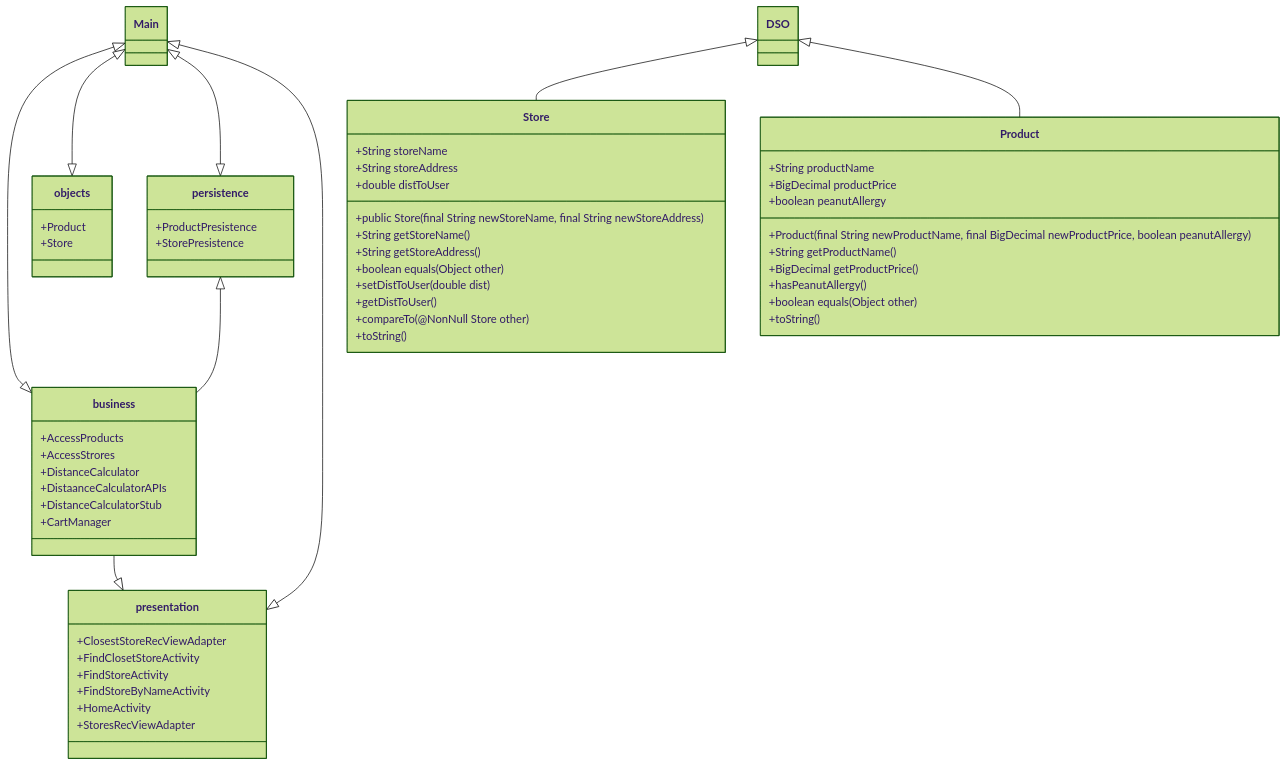
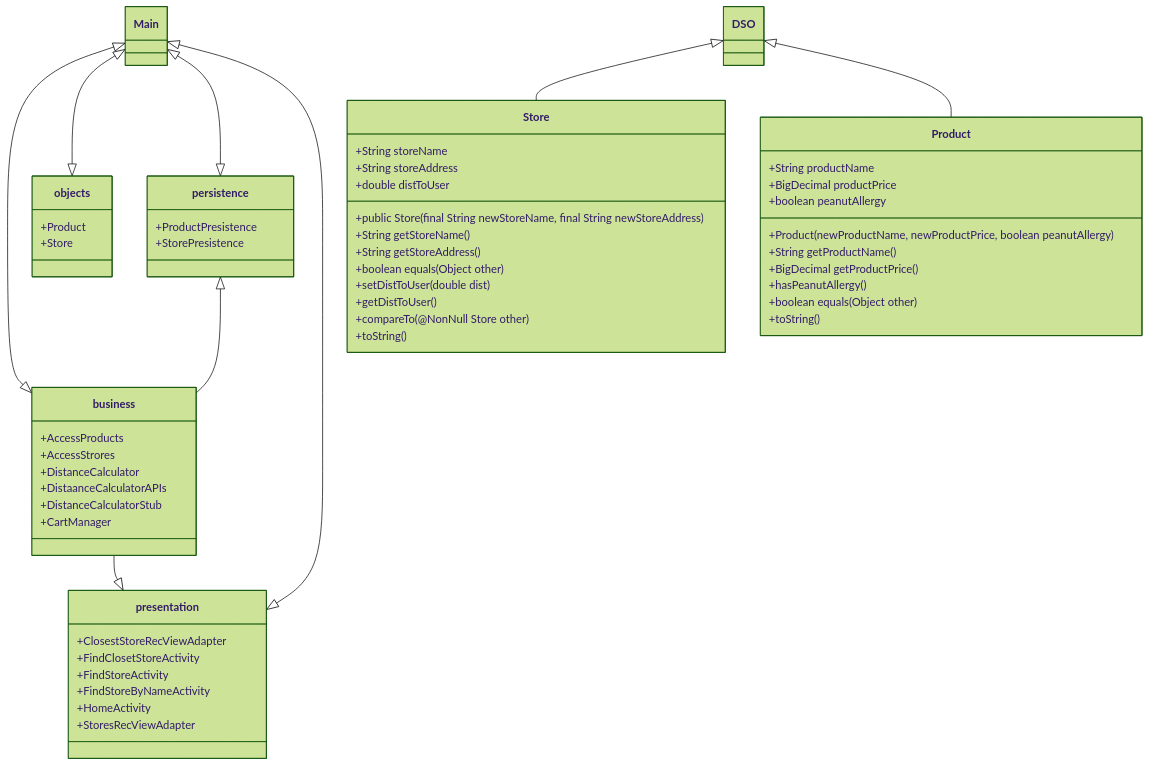
The diagram in ARCHITECTURE.md (timonchen/GoCart), drawn with Mermaid (forest theme) before and after one commit.

Commit message:
Replace ARCHITECTURE.md

````diff
--- a/ARCHITECTURE.md
+++ b/ARCHITECTURE.md
@@ -31,72 +31,72 @@
 ```mermaid
 classDiagram
    
     Main <|--|> business
     Main <|--|> objects
     Main <|--|> persistence 
     Main <|--|> presentation
     DSO <|-- Store
     DSO <|-- Product
 	business --|> presentation
 persistence <|-- business
     class Main{
     }
 
  class business{
 	+AccessProducts
 	+AccessStrores
 	+DistanceCalculator
 	+DistaanceCalculatorAPIs
 	+DistanceCalculatorStub
 	+CartManager
 
 }
 
 class objects{
 +Product
 +Store
 }
 
 class persistence{
  +ProductPresistence
  +StorePresistence
 }
 
 class presentation{
 +ClosestStoreRecViewAdapter
 +FindClosetStoreActivity
 +FindStoreActivity
 +FindStoreByNameActivity
 +HomeActivity
 +StoresRecViewAdapter
 }
  class DSO{
     }
 
 class Product{
  +String productName
 +BigDecimal productPrice
 +boolean peanutAllergy
-+Product(final String newProductName, final BigDecimal newProductPrice, boolean peanutAllergy)
++Product(newProductName, newProductPrice, boolean peanutAllergy)
 +String getProductName()
 +BigDecimal getProductPrice()
 +hasPeanutAllergy()
 +boolean equals(Object other)
 +toString()
 
 }
 
 class Store{
 +String storeName
 +String storeAddress
 +double distToUser
 +public Store(final String newStoreName, final String newStoreAddress)
 +String getStoreName()
 +String getStoreAddress()
 +boolean equals(Object other) 
 +setDistToUser(double dist)
 +getDistToUser()
 +compareTo(@NonNull Store other) 
 +toString()
 }
 ```
````
